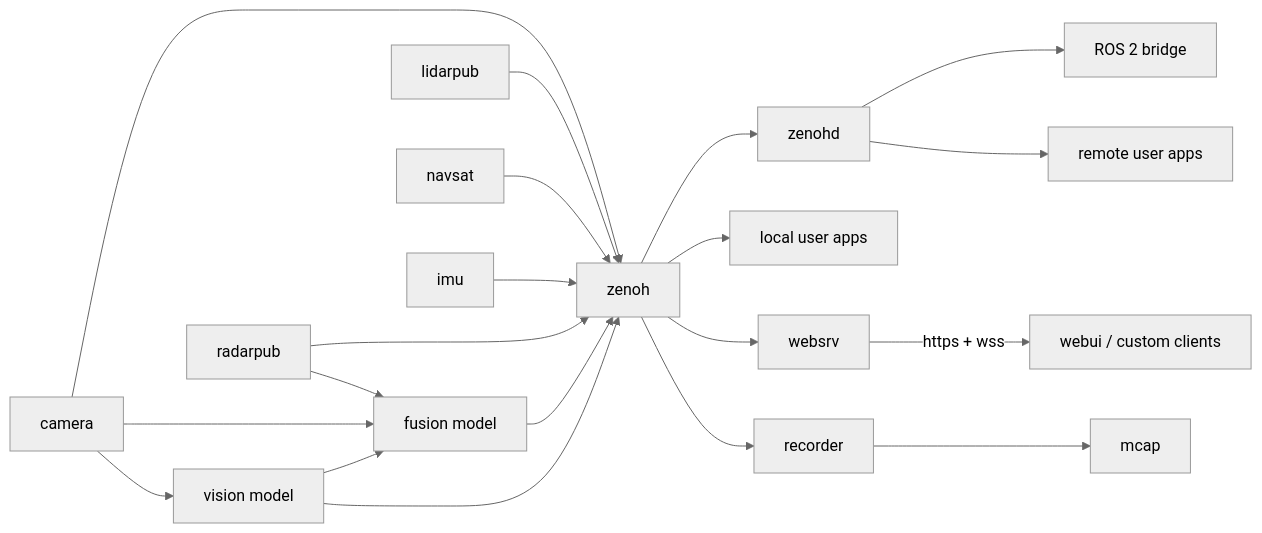
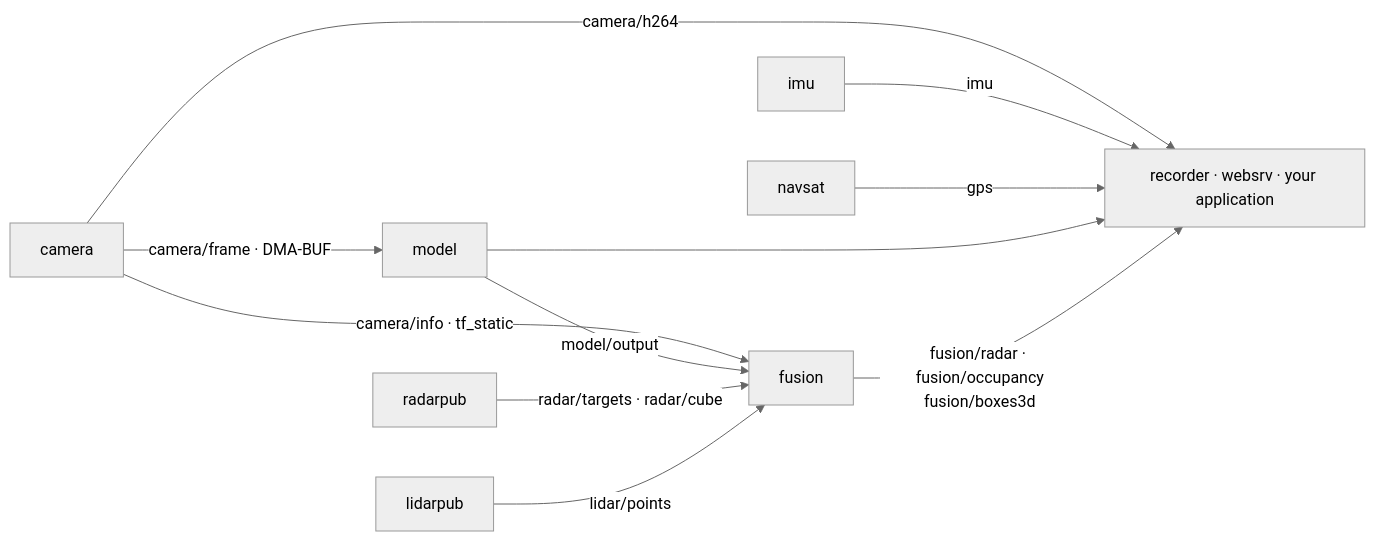
The diagram in profile/zenoh.md (EdgeFirstAI/.github), drawn with Mermaid (neutral theme) before and after one commit. The commit also changed other lines of this file and 10 other files, not shown here.

````diff
--- a/profile/zenoh.md
+++ b/profile/zenoh.md
@@ -70,17 +22,16 @@
 ```mermaid
-graph LR
-    camera --> model["vision model"] --> zenoh
-    radarpub --> fusion["fusion model"] --> zenoh
-    lidarpub --> zenoh
-    camera --> fusion
-    radarpub --> zenoh
-    camera --> zenoh
-    model --> fusion
-    navsat --> zenoh
-    imu --> zenoh
-    zenoh --> recorder --> mcap
-    zenoh --> websrv -- "https + wss" --> webui["webui / custom clients"]
-    zenoh --> local["local user apps"]
-    zenoh --> zenohd --> remote["remote user apps"]
-    zenohd --> ros2bridge["ROS 2 bridge"]
+flowchart LR
+    camera["camera"] -->|camera/frame · DMA-BUF| model["model"]
+    camera -->|camera/info · tf_static| fusion["fusion"]
+    model -->|model/output| fusion
+    radarpub["radarpub"] -->|radar/targets · radar/cube| fusion
+    lidarpub["lidarpub"] -->|lidar/points| fusion
+
+    camera -->|camera/h264| consumers
+    imu["imu"] -->|imu| consumers
+    navsat["navsat"] -->|gps| consumers
+    model --> consumers
+    fusion -->|fusion/radar · fusion/occupancy<br/>fusion/boxes3d| consumers
+
+    consumers["recorder · websrv · your application"]
 ```
````
